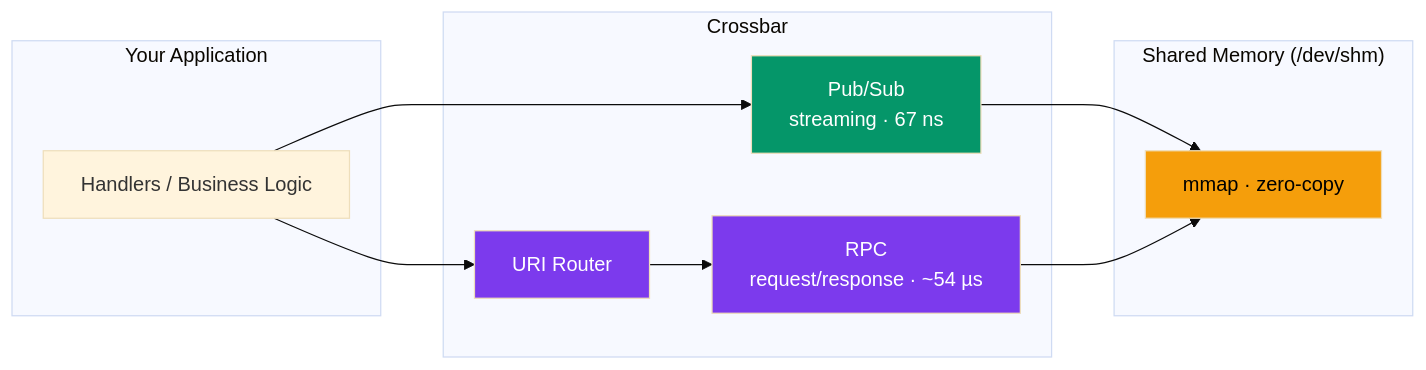
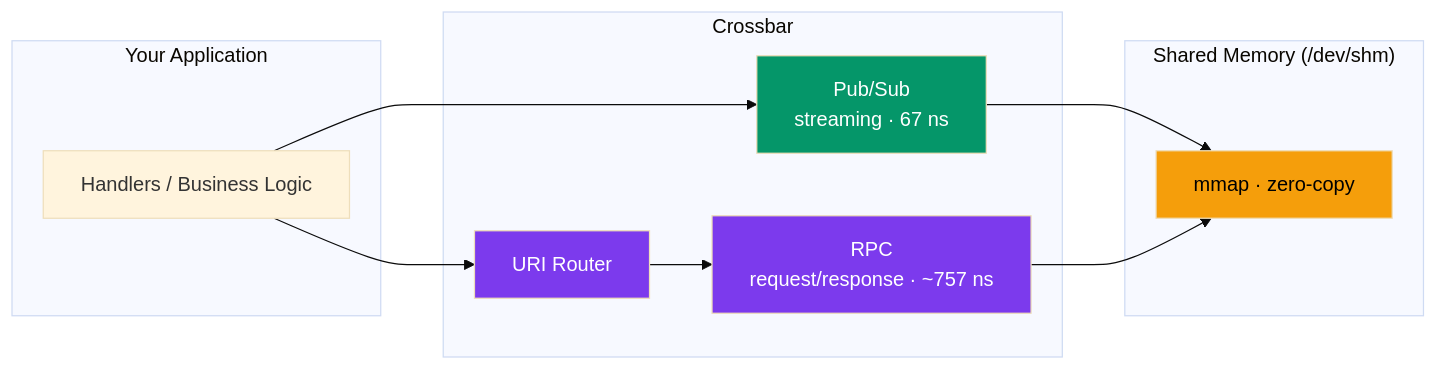
The first of 3 diagrams in README.md (userFRM/crossbar), drawn with Mermaid (base theme) before and after one commit. The commit also changed other lines of this file and 2 other files, not shown here.

First line of the commit message:
Update README + BENCHMARKS with 757ns RPC numbers (71x speedup)

````diff
--- a/README.md
+++ b/README.md
@@ -15,27 +15,27 @@
 ```mermaid
 graph LR
     subgraph "Your Application"
         H["Handlers / Business Logic"]
     end
 
     subgraph "Crossbar"
         PS["Pub/Sub<br/>streaming · 67 ns"]
-        RPC["RPC<br/>request/response · ~54 µs"]
+        RPC["RPC<br/>request/response · ~757 ns"]
         R["URI Router"]
     end
 
     H --> PS
     H --> R --> RPC
 
     subgraph "Shared Memory (/dev/shm)"
         SHM["mmap · zero-copy"]
     end
 
     PS --> SHM
     RPC --> SHM
 
     style PS fill:#059669,color:#fff
     style RPC fill:#7c3aed,color:#fff
     style R fill:#7c3aed,color:#fff
     style SHM fill:#f59e0b,color:#000
 ```
````
